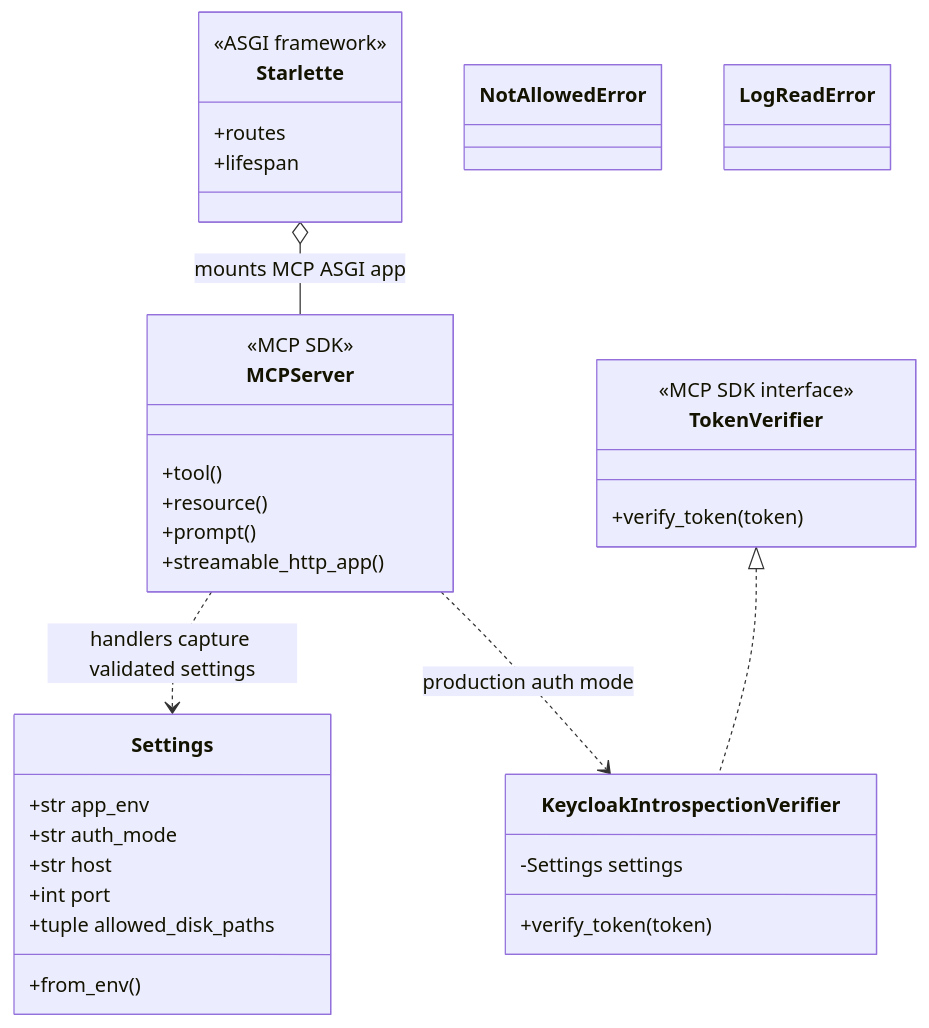
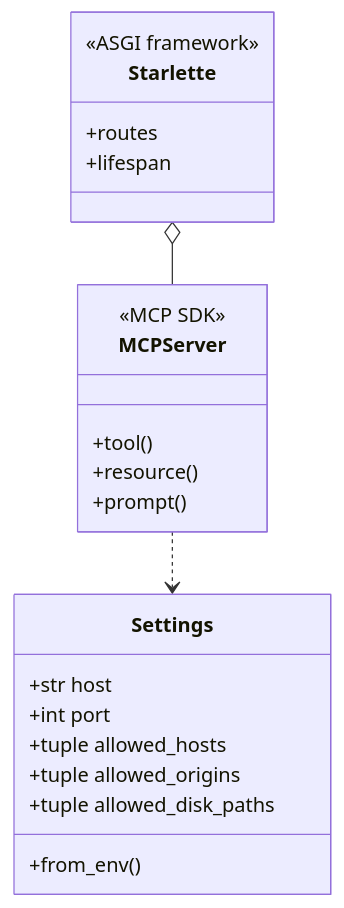
Before and after one commit to tuananh-developer/linux-mcp-agent-server: the diagram in docs/04_ooad_analysis_and_uml.md, drawn with Mermaid. The commit also changed other lines of this file and 29 other files, not shown here.

````diff
--- a/docs/04_ooad_analysis_and_uml.md
+++ b/docs/04_ooad_analysis_and_uml.md
@@ -105,38 +33,24 @@
-``` mermaid
+```mermaid
 classDiagram
   class Settings {
-    +str app_env
-    +str auth_mode
     +str host
     +int port
+    +tuple allowed_hosts
+    +tuple allowed_origins
     +tuple allowed_disk_paths
     +from_env()
-  }
-  class TokenVerifier {
-    <<MCP SDK interface>>
-    +verify_token(token)
-  }
-  class KeycloakIntrospectionVerifier {
-    -Settings settings
-    +verify_token(token)
   }
   class MCPServer {
     <<MCP SDK>>
     +tool()
     +resource()
     +prompt()
-    +streamable_http_app()
   }
   class Starlette {
     <<ASGI framework>>
     +routes
     +lifespan
   }
-  class NotAllowedError
-  class LogReadError
-
-  TokenVerifier <|.. KeycloakIntrospectionVerifier
-  MCPServer ..> Settings : handlers capture validated settings
-  MCPServer ..> KeycloakIntrospectionVerifier : production auth mode
-  Starlette o-- MCPServer : mounts MCP ASGI app
+  MCPServer ..> Settings
+  Starlette o-- MCPServer
 ```
````
